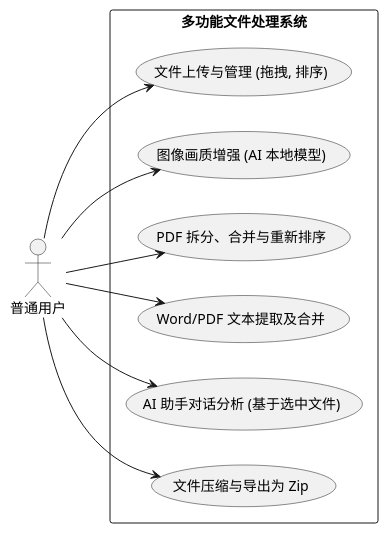
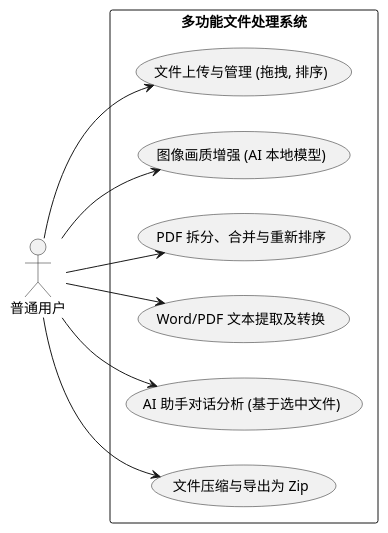
One commit to miyatsu/student-task changed the diagram in docs/requirements.md. Above: the diagram before and after it, drawn with PlantUML. The commit also changed other lines of this file and 7 other files, not shown here.

````diff
--- a/docs/requirements.md
+++ b/docs/requirements.md
@@ -38,25 +51,25 @@
 ```plantuml
 @startuml
 left to right direction
 skinparam packageStyle rectangle
 
 actor "普通用户" as User
 
 rectangle "多功能文件处理系统" {
   usecase "文件上传与管理 (拖拽, 排序)" as UC_Manage
   usecase "图像画质增强 (AI 本地模型)" as UC_ImageEnhance
   usecase "PDF 拆分、合并与重新排序" as UC_PdfEdit
-  usecase "Word/PDF 文本提取及合并" as UC_TextExtract
+  usecase "Word/PDF 文本提取及转换" as UC_TextExtract
   usecase "AI 助手对话分析 (基于选中文件)" as UC_AiChat
   usecase "文件压缩与导出为 Zip" as UC_Export
 }
 
 User --> UC_Manage
 User --> UC_ImageEnhance
 User --> UC_PdfEdit
 User --> UC_TextExtract
 User --> UC_AiChat
 User --> UC_Export
 
 @enduml
 ```
````
